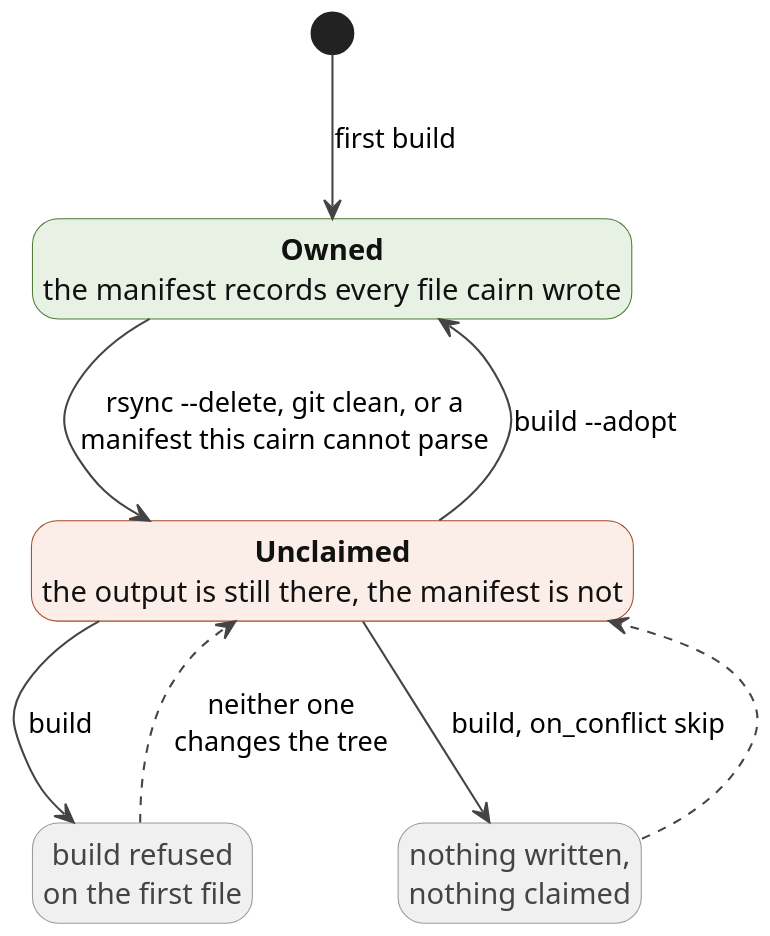
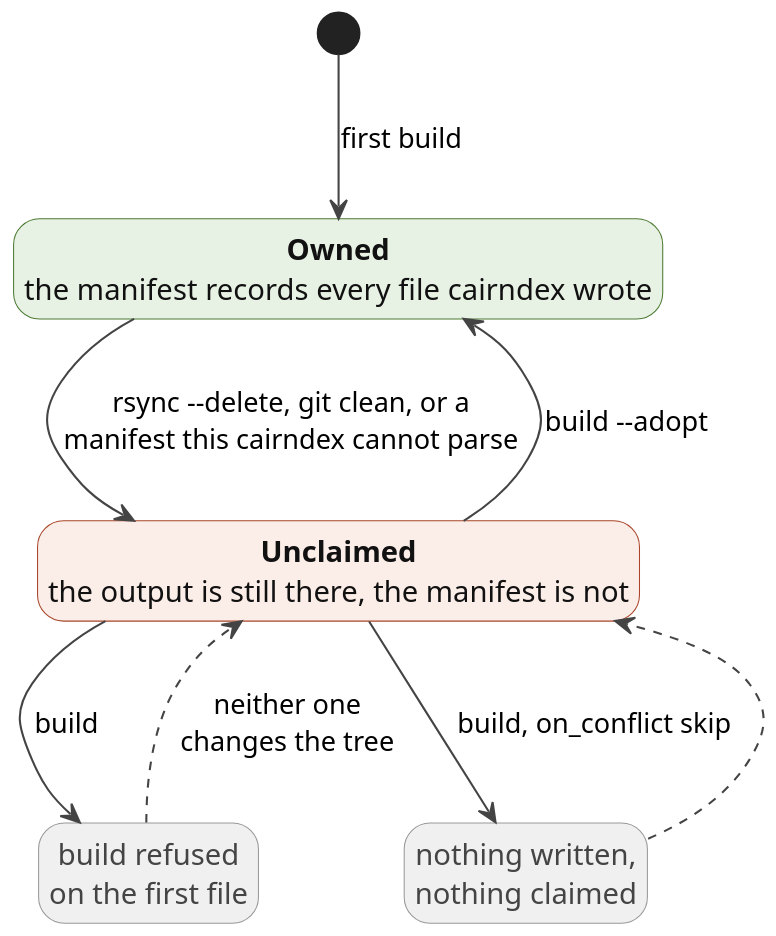
One commit to livingstaccato/cairn changed the diagram in docs/diagrams/ownership.puml. Above: the diagram before and after it, drawn with PlantUML. The commit also changed 187 other files, not shown here.

```diff
--- a/docs/diagrams/ownership.puml
+++ b/docs/diagrams/ownership.puml
@@ -1,41 +1,41 @@
 @startuml
 ' SPDX-FileCopyrightText: Copyright (C) 2026 Tim Perkins
 ' SPDX-License-Identifier: MIT
 '
 ' Rendered to ownership.svg by 'make diagrams'. GitHub does not render
 ' PlantUML, so the SVG beside this file is what docs/deployment.md shows;
 ' regenerate it in the same commit as any edit here.
 skinparam backgroundColor #FFFFFF
 skinparam defaultFontName Helvetica
 skinparam defaultFontSize 14
 skinparam shadowing false
 skinparam dpi 160
 skinparam ArrowColor #444444
 skinparam ArrowFontSize 13
 hide empty description
 
 skinparam state {
   BorderColor #444444
   FontColor #111111
   BackgroundColor<<good>> #E8F2E4
   BorderColor<<good>> #4C7A34
   BackgroundColor<<bad>> #FBEDE7
   BorderColor<<bad>> #A8452A
   BackgroundColor<<dead>> #F0F0F0
   BorderColor<<dead>> #999999
   FontColor<<dead>> #444444
 }
 
-state "**Owned**\nthe manifest records every file cairn wrote" as Owned <<good>>
+state "**Owned**\nthe manifest records every file cairndex wrote" as Owned <<good>>
 state "**Unclaimed**\nthe output is still there, the manifest is not" as Unclaimed <<bad>>
 state "build refused\non the first file" as Refused <<dead>>
 state "nothing written,\nnothing claimed" as Frozen <<dead>>
 
 [*] --> Owned : first build
-Owned --> Unclaimed : rsync --delete, git clean, or a\nmanifest this cairn cannot parse
+Owned --> Unclaimed : rsync --delete, git clean, or a\nmanifest this cairndex cannot parse
 Unclaimed --> Refused : build
 Unclaimed --> Frozen : build, on_conflict skip
 Refused -[dashed]-> Unclaimed : neither one\nchanges the tree
 Frozen -[dashed]-> Unclaimed
 Unclaimed --> Owned : build --adopt
 @enduml
```
